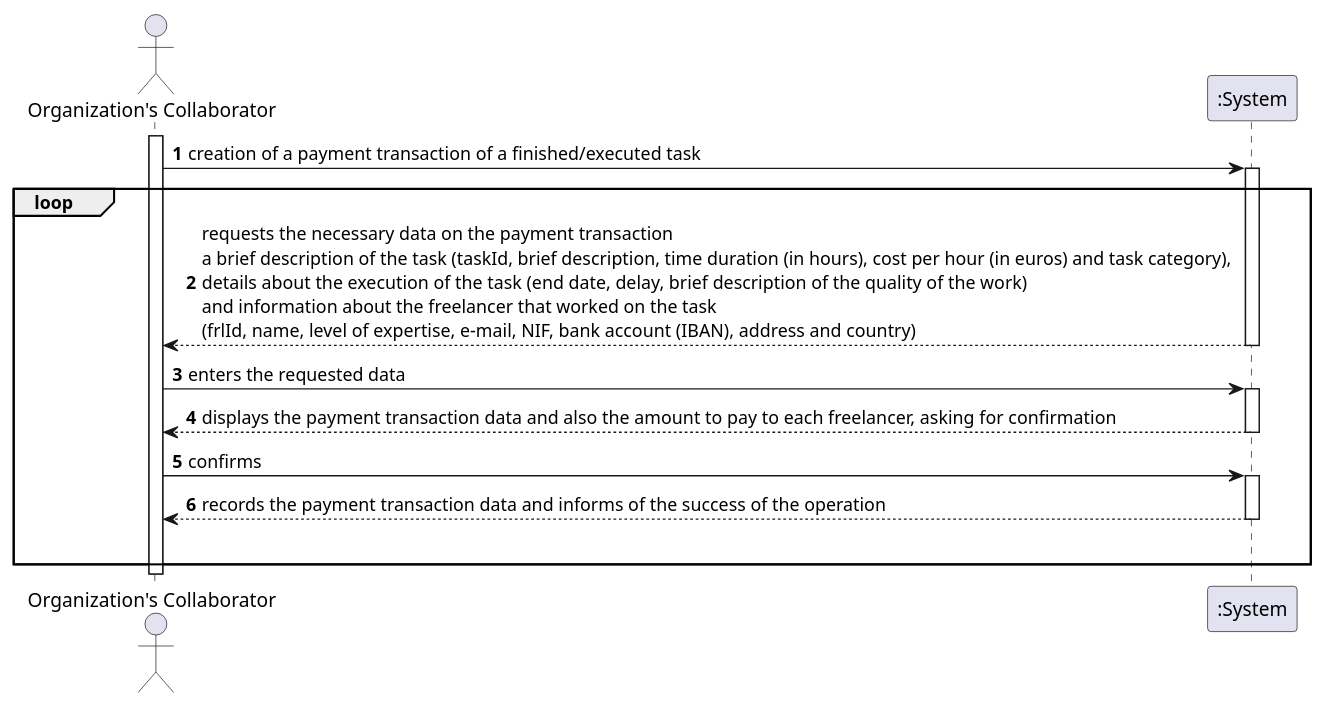
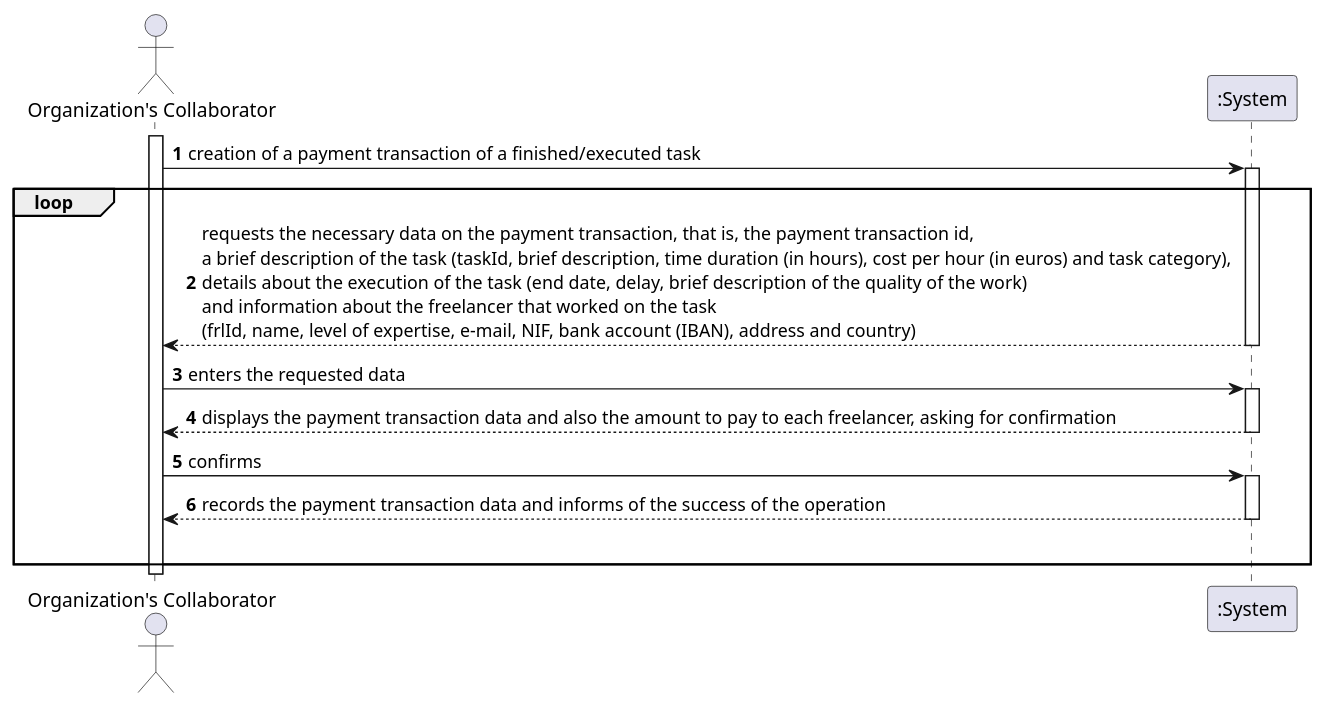
Before and after one commit to pedrolemos4/LAPR2: the diagram in docs/UC3 - Create Payment Transaction/UC3_SSD1.puml, drawn with PlantUML. The commit also changed 13 other files, not shown here.

```diff
--- a/docs/UC3 - Create Payment Transaction/UC3_SSD1.puml
+++ b/docs/UC3 - Create Payment Transaction/UC3_SSD1.puml
@@ -1,24 +1,24 @@
 @startuml
 autonumber
 actor "Organization's Collaborator" as OC
 
 activate OC
 OC -> ":System" : creation of a payment transaction of a finished/executed task
 activate ":System"
 loop 
-":System" --> OC : requests the necessary data on the payment transaction\na brief description of the task (taskId, brief description, time duration (in hours), cost per hour (in euros) and task category), \ndetails about the execution of the task (end date, delay, brief description of the quality of the work)\nand information about the freelancer that worked on the task \n(frlId, name, level of expertise, e-mail, NIF, bank account (IBAN), address and country)
+":System" --> OC : requests the necessary data on the payment transaction, that is, the payment transaction id,\na brief description of the task (taskId, brief description, time duration (in hours), cost per hour (in euros) and task category), \ndetails about the execution of the task (end date, delay, brief description of the quality of the work)\nand information about the freelancer that worked on the task \n(frlId, name, level of expertise, e-mail, NIF, bank account (IBAN), address and country)
 deactivate ":System"
 
 OC -> ":System" : enters the requested data
 activate ":System"
 ":System" --> OC : displays the payment transaction data and also the amount to pay to each freelancer, asking for confirmation
 deactivate ":System"
 
 OC -> ":System" : confirms
 activate ":System"
 ":System" --> OC : records the payment transaction data and informs of the success of the operation
 deactivate ":System"
 |||
 end loop
 deactivate OC
 @enduml
```
